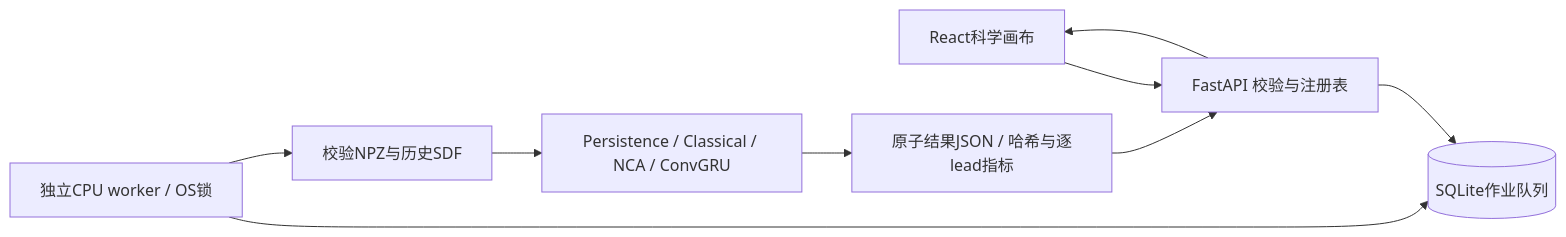
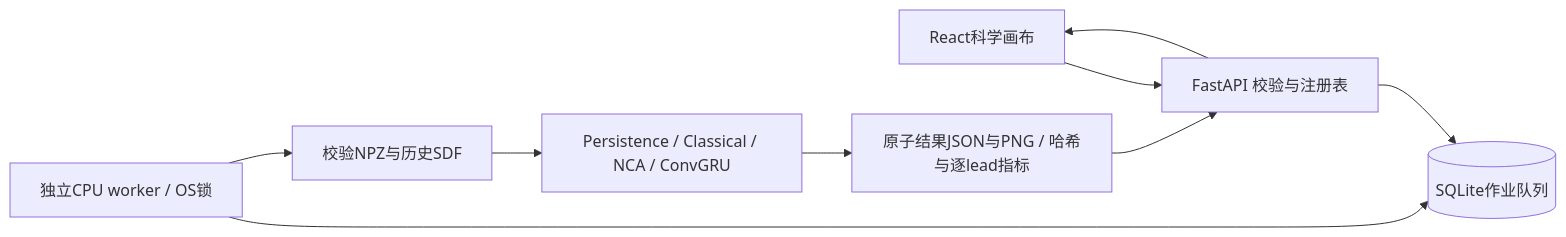
Before and after one commit to fzyz-whx/morpholab: the diagram in docs/architecture/prediction-jobs.md, drawn with Mermaid. The commit also changed other lines of this file and 32 other files, not shown here.

````diff
--- a/docs/architecture/prediction-jobs.md
+++ b/docs/architecture/prediction-jobs.md
@@ -6,11 +6,11 @@
 ```mermaid
 flowchart LR
   UI[React科学画布] --> API[FastAPI 校验与注册表]
   API --> DB[(SQLite作业队列)]
   W[独立CPU worker / OS锁] --> DB
   W --> DATA[校验NPZ与历史SDF]
   DATA --> MODEL[Persistence / Classical / NCA / ConvGRU]
-  MODEL --> RESULT[原子结果JSON / 哈希与逐lead指标]
+  MODEL --> RESULT[原子结果JSON与PNG / 哈希与逐lead指标]
   RESULT --> API
   API --> UI
 ```
````
